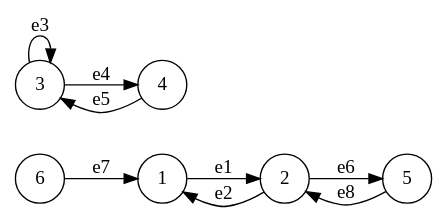
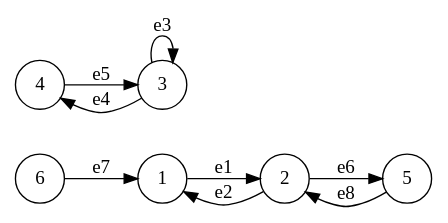
One commit to smileyfaceskobochka/CompSci changed the diagram in labs/DiscreteMath/lab3/graph.dot. Above: the diagram before and after it, drawn with Graphviz. The commit also changed other lines of this file and 17 other files, not shown here.

```diff
--- a/labs/DiscreteMath/lab3/graph.dot
+++ b/labs/DiscreteMath/lab3/graph.dot
@@ -1,18 +1,18 @@
 digraph G {
   rankdir=LR;
   node [shape=circle];
   1;
+  6;
   5;
+  4;
+  3;
   2;
-  6;
-  3;
-  4;
-  3 -> 4 [label="e4"];
   4 -> 3 [label="e5"];
   6 -> 1 [label="e7"];
+  2 -> 5 [label="e6"];
+  2 -> 1 [label="e2"];
   5 -> 2 [label="e8"];
-  2 -> 5 [label="e6"];
   1 -> 2 [label="e1"];
-  2 -> 1 [label="e2"];
+  3 -> 4 [label="e4"];
   3 -> 3 [label="e3"];
 }
```
